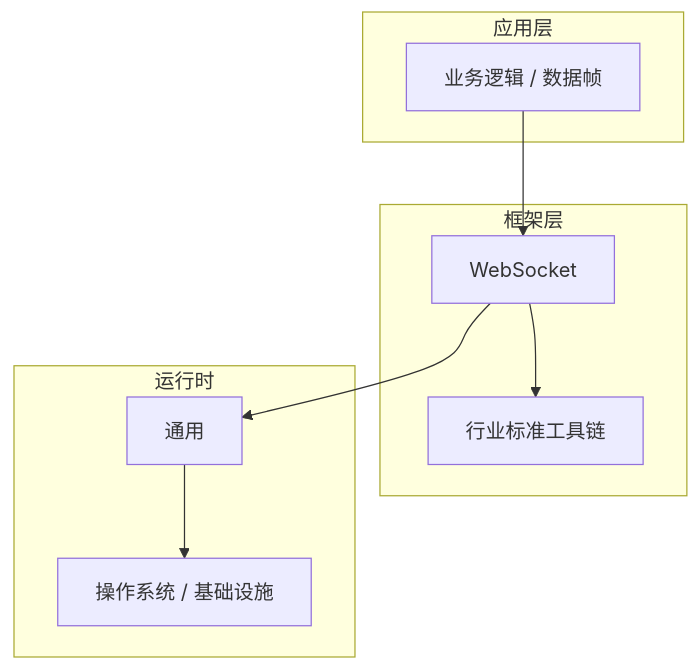
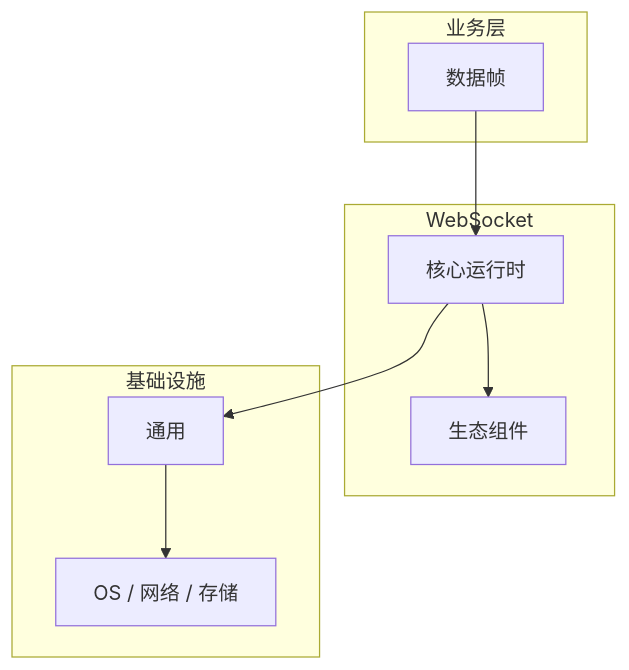
One commit to yanggan2015/knowledge-json-v2 changed the diagram in articles/WebSocket/chapters/011-数据帧核心概念与原理.md. Above: the diagram before and after it, drawn with Mermaid. The commit also changed other lines of this file and 10127 other files, not shown here.

````diff
--- a/articles/WebSocket/chapters/011-数据帧核心概念与原理.md
+++ b/articles/WebSocket/chapters/011-数据帧核心概念与原理.md
@@ -45,18 +34,18 @@
 ```mermaid
 graph TB
-    subgraph 应用层
-        A[业务逻辑 / 数据帧]
+    subgraph 业务层
+        A[数据帧]
     end
-    subgraph 框架层
-        B[WebSocket]
-        C[行业标准工具链]
+    subgraph WebSocket
+        B[核心运行时]
+        C[生态组件]
     end
-    subgraph 运行时
+    subgraph 基础设施
         D[通用]
-        E[操作系统 / 基础设施]
+        E[OS / 网络 / 存储]
     end
     A --> B
     B --> C
     B --> D
     D --> E
 ```
````
